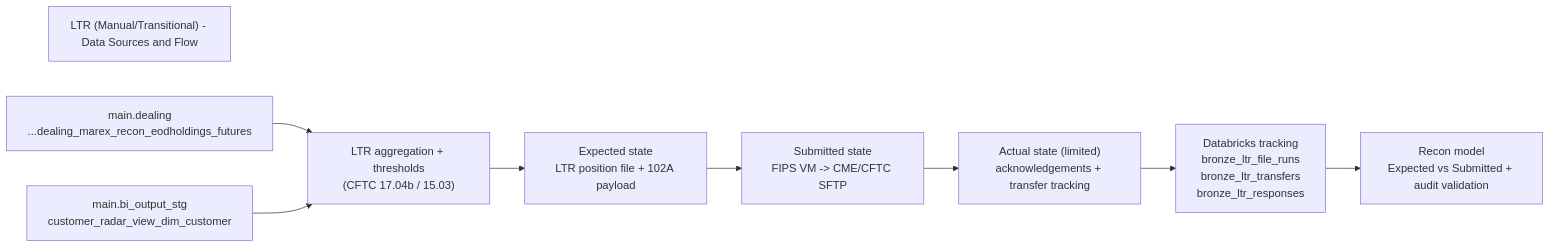
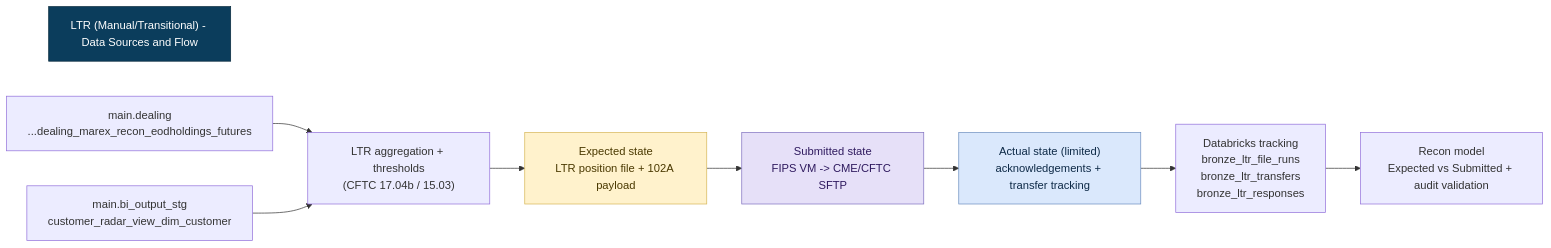
Before and after one commit to valentinosko-hub/RegTech: the diagram in docs/reporting-model-ltr-data-sources.mmd, drawn with Mermaid. The commit also changed 15 other files, not shown here.

Commit message:
Style per-model diagrams with title and state colors

```diff
--- a/docs/reporting-model-ltr-data-sources.mmd
+++ b/docs/reporting-model-ltr-data-sources.mmd
@@ -1,15 +1,25 @@
 flowchart LR
   title["LTR (Manual/Transitional) - Data Sources and Flow"]
   S1["main.dealing<br/>...dealing_marex_recon_eodholdings_futures"]
   S2["main.bi_output_stg<br/>customer_radar_view_dim_customer"]
   T["LTR aggregation + thresholds<br/>(CFTC 17.04b / 15.03)"]
   E["Expected state<br/>LTR position file + 102A payload"]
   U["Submitted state<br/>FIPS VM -> CME/CFTC SFTP"]
   A["Actual state (limited)<br/>acknowledgements + transfer tracking"]
   B["Databricks tracking<br/>bronze_ltr_file_runs<br/>bronze_ltr_transfers<br/>bronze_ltr_responses"]
   R["Recon model<br/>Expected vs Submitted + audit validation"]
 
   S1 --> T
   S2 --> T
   T --> E --> U --> A
   A --> B --> R
+
+  classDef title fill:#0b3d5c,stroke:#07283c,color:#ffffff,fontWeight:bold,fontSize:16px;
+  classDef expected fill:#fff2cc,stroke:#d6b656,color:#4a3900;
+  classDef submitted fill:#e6e0f8,stroke:#7f70bf,color:#2f1a5f;
+  classDef actual fill:#dae8fc,stroke:#6c8ebf,color:#0e2a47;
+
+  class title title;
+  class E expected;
+  class U submitted;
+  class A actual;
```
